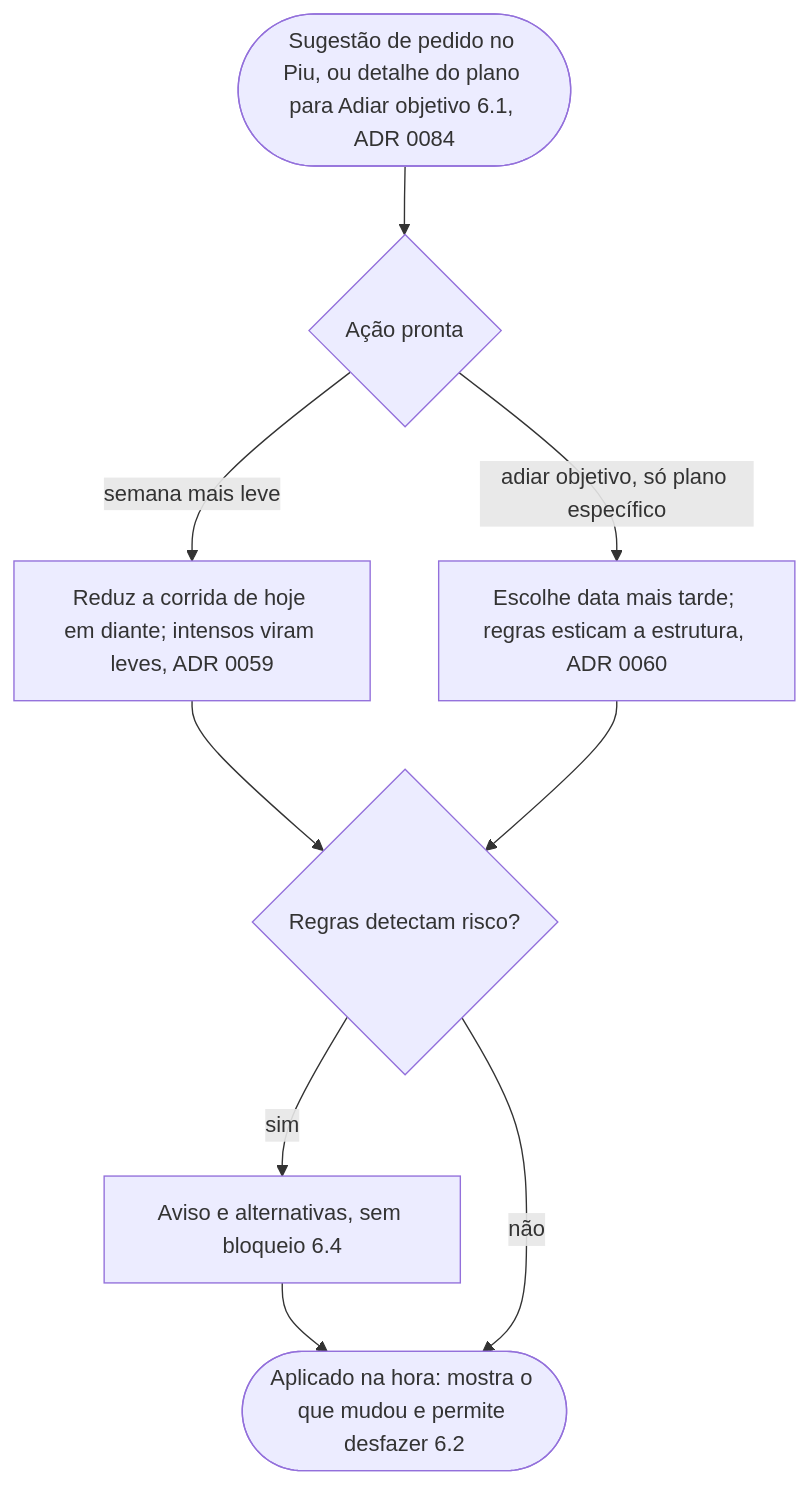
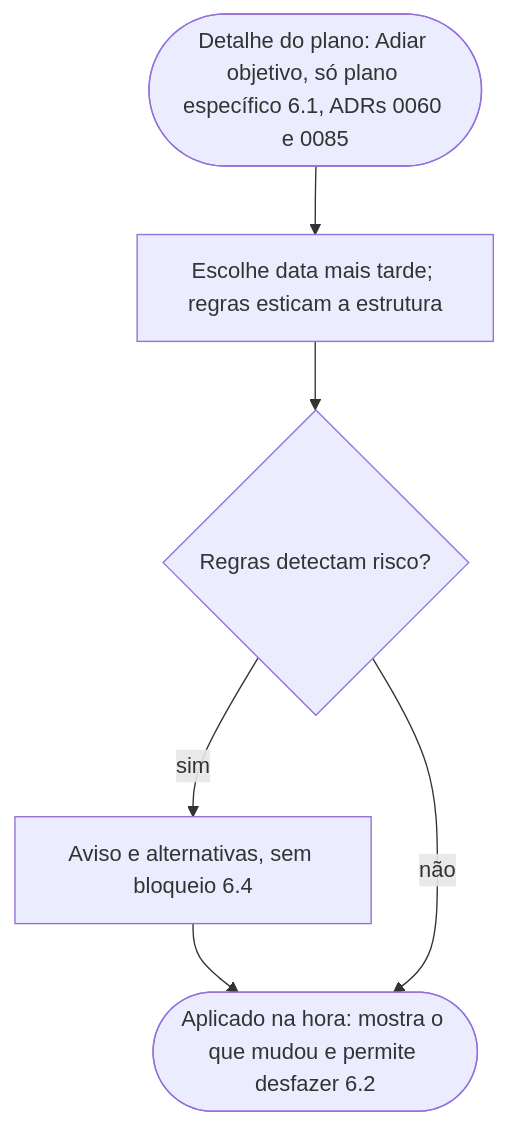
The ninth of 11 diagrams in docs/fluxos.md (cruzvini/app-corrida), drawn with Mermaid before and after one commit. The commit also changed other lines of this file and 6 other files, not shown here.

First line of the commit message:
docs: ADR 0085 - sugestões de pedido no Piu geram uma proposta do Piu

````diff
--- a/docs/fluxos.md
+++ b/docs/fluxos.md
@@ -228,10 +228,8 @@
 ```mermaid
 flowchart TD
-  A([Sugestão de pedido no Piu, ou detalhe do plano para Adiar objetivo 6.1, ADR 0084]) --> B{Ação pronta}
-  B -- semana mais leve --> L[Reduz a corrida de hoje em diante; intensos viram leves, ADR 0059] --> R
-  B -- adiar objetivo, só plano específico --> AD[Escolhe data mais tarde; regras esticam a estrutura, ADR 0060] --> R
+  A([Detalhe do plano: Adiar objetivo, só plano específico 6.1, ADRs 0060 e 0085]) --> AD[Escolhe data mais tarde; regras esticam a estrutura] --> R
   R{Regras detectam risco?}
   R -- sim --> R1[Aviso e alternativas, sem bloqueio 6.4] --> N
   R -- não --> N
   N([Aplicado na hora: mostra o que mudou e permite desfazer 6.2])
 ```
````
